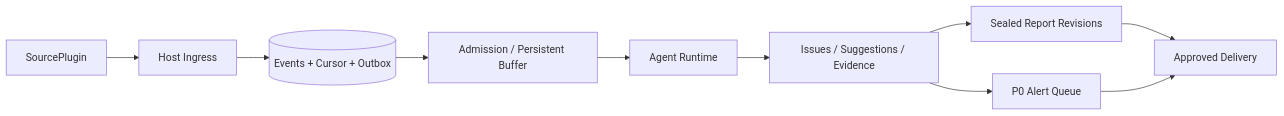
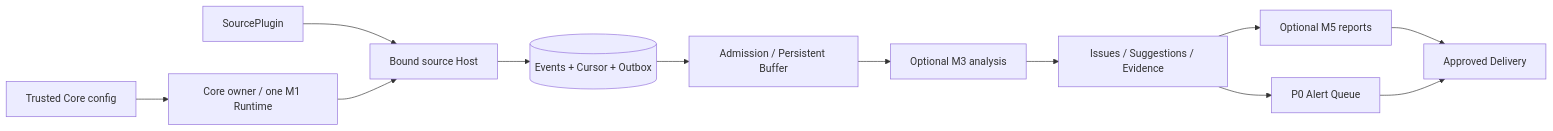
The diagram in docs/ARCHITECTURE.md (fangbm/SuperAgent), drawn with Mermaid before and after one commit. The commit also changed other lines of this file and 56 other files, not shown here.

Commit message:
fix(core): own plugin ingestion, source policies and ticket transactions

````diff
--- a/docs/ARCHITECTURE.md
+++ b/docs/ARCHITECTURE.md
@@ -13,12 +15,14 @@
 ```mermaid
 flowchart LR
-  Source[SourcePlugin] --> Ingress[Host Ingress]
-  Ingress --> Store[(Events + Cursor + Outbox)]
+  Config[Trusted Core config] --> Core[Core owner / one M1 Runtime]
+  Source[SourcePlugin] --> Host[Bound source Host]
+  Core --> Host
+  Host --> Store[(Events + Cursor + Outbox)]
   Store --> Buffer[Admission / Persistent Buffer]
-  Buffer --> Agent[Agent Runtime]
+  Buffer --> Agent[Optional M3 analysis]
   Agent --> Domain[Issues / Suggestions / Evidence]
-  Domain --> Reports[Sealed Report Revisions]
+  Domain --> Reports[Optional M5 reports]
   Domain --> P0[P0 Alert Queue]
   Reports --> Delivery[Approved Delivery]
   P0 --> Delivery
 ```
````
